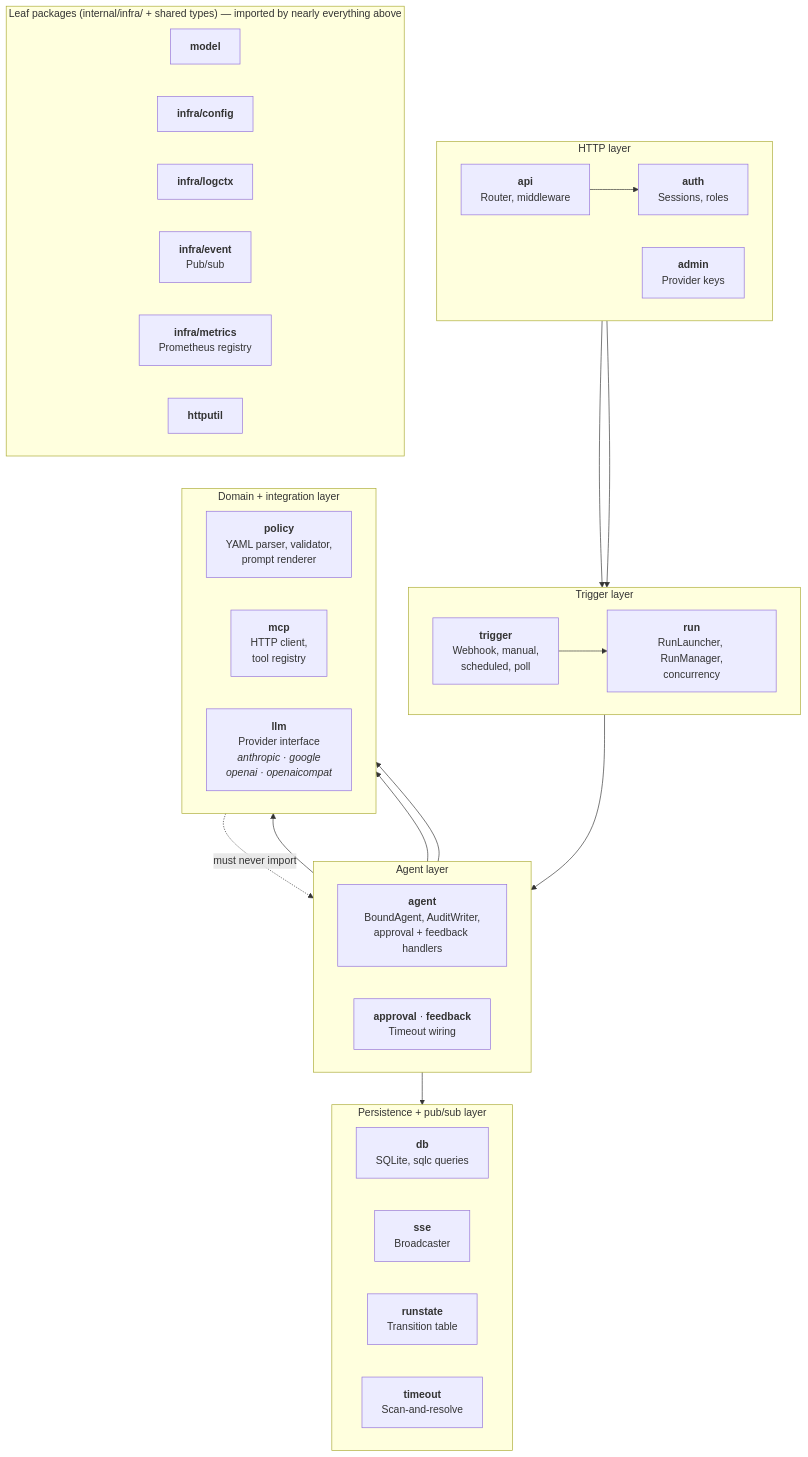
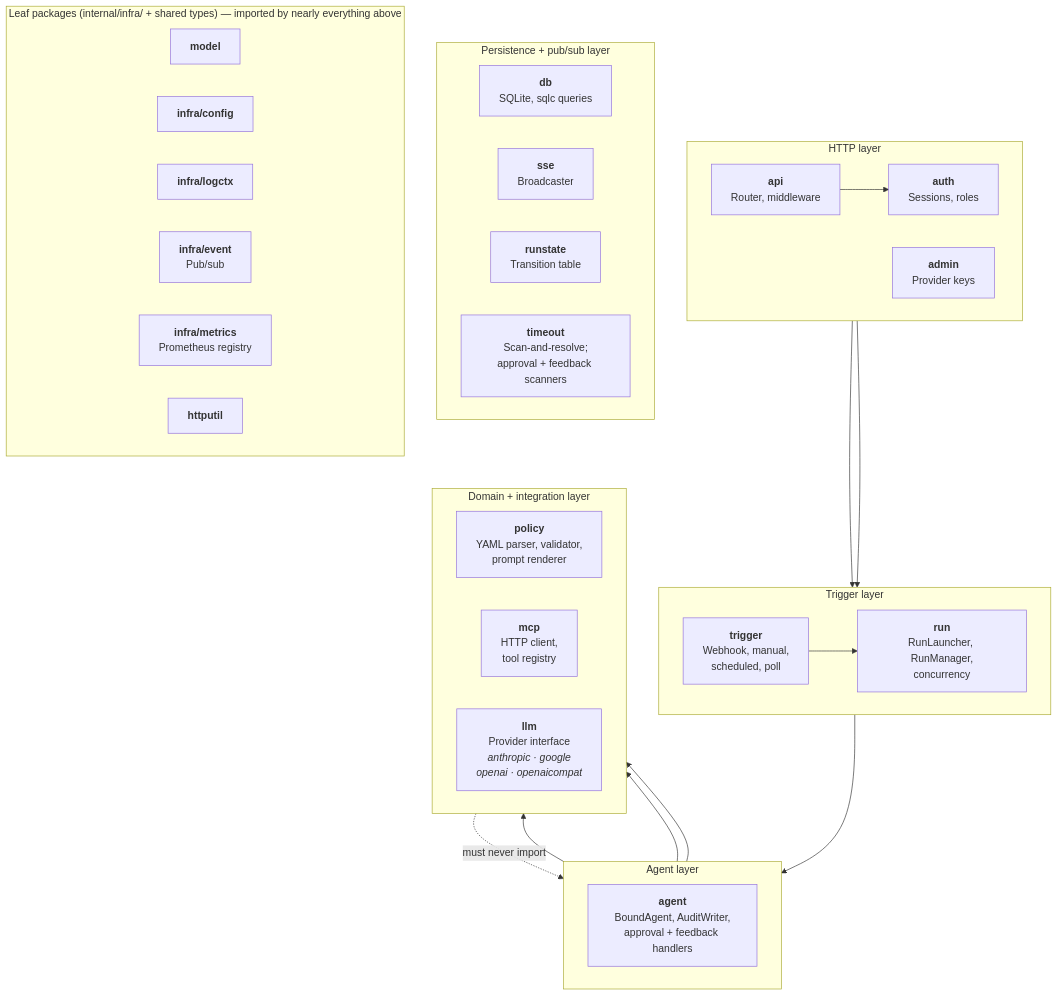
One commit to Felag-Engineering/gleipnir changed the diagram in docs/developer/diagrams/package-dependencies.md. Above: the diagram before and after it, drawn with Mermaid. The commit also changed 1 other file, not shown here.

Commit message:
docs: correct stale package/env references in CLAUDE.md and package diagram
These are pre-existing doc inaccuracies, independent of the plugin work:

- CLAUDE.md "Key packages" listed `internal/approval/` and `internal/feedback/`
  as separate packages, but neither exists — the approval/feedback scanner
  constructors live in `internal/timeout` (NewApprovalScanner /
  NewFeedbackScanner, wired in main.go) and the agent-side handlers live in
  `internal/execution/agent`. Replaced the phantom `approval/` entry with the
  real, previously-undocumented `internal/admin/` package, dropped `feedback/`,
  and clarified the `timeout/` description.
- CLAUDE.md env table listed `GLEIPNIR_DEFAULT_PROVIDER`, which is not read by
  internal/infra/config; replaced it with the two env vars that are
  (`GLEIPNIR_DRAIN_TIMEOUT`, `GLEIPNIR_PID_FILE`).
- Fixed the broken `docs/architecture.md` link (actual path is
  `docs/developer/architecture.md`).
- diagrams/package-dependencies.md showed a phantom `approval · feedback`
  node with an `APPROVAL --> TIMEOUT` edge; folded its meaning into the real
  `timeout` node and removed the dangling node/edge.

````diff
--- a/docs/developer/diagrams/package-dependencies.md
+++ b/docs/developer/diagrams/package-dependencies.md
@@ -5,61 +5,59 @@
 ```mermaid
 graph TD
     subgraph entrypoints["HTTP layer"]
         direction LR
         API["<b>api</b><br/>Router, middleware"]
         AUTH["<b>auth</b><br/>Sessions, roles"]
         ADMIN["<b>admin</b><br/>Provider keys"]
     end
 
     subgraph triggers["Trigger layer"]
         direction LR
         TRIGGER["<b>trigger</b><br/>Webhook, manual,<br/>scheduled, poll"]
         RUN["<b>run</b><br/>RunLauncher, RunManager,<br/>concurrency"]
     end
 
     subgraph orchestration["Agent layer"]
         direction LR
         AGENT["<b>agent</b><br/>BoundAgent, AuditWriter,<br/>approval + feedback handlers"]
-        APPROVAL["<b>approval</b> · <b>feedback</b><br/>Timeout wiring"]
     end
 
     subgraph domain["Domain + integration layer"]
         direction LR
         POLICY["<b>policy</b><br/>YAML parser, validator,<br/>prompt renderer"]
         MCP["<b>mcp</b><br/>HTTP client,<br/>tool registry"]
         LLM["<b>llm</b><br/>Provider interface<br/><i>anthropic · google<br/>openai · openaicompat</i>"]
     end
 
     subgraph infra["Persistence + pub/sub layer"]
         direction LR
         DB["<b>db</b><br/>SQLite, sqlc queries"]
         SSE["<b>sse</b><br/>Broadcaster"]
         RUNSTATE["<b>runstate</b><br/>Transition table"]
-        TIMEOUT["<b>timeout</b><br/>Scan-and-resolve"]
+        TIMEOUT["<b>timeout</b><br/>Scan-and-resolve;<br/>approval + feedback scanners"]
     end
 
     subgraph leaf["Leaf packages (internal/infra/ + shared types) — imported by nearly everything above"]
         direction LR
         MODEL["<b>model</b>"]
         CONFIG["<b>infra/config</b>"]
         LOGCTX["<b>infra/logctx</b>"]
         EVENT["<b>infra/event</b><br/>Pub/sub"]
         METRICS["<b>infra/metrics</b><br/>Prometheus registry"]
         HTTPUTIL["<b>httputil</b>"]
     end
 
     %% Primary relationships (top to bottom)
     API --> AUTH
     API --> TRIGGER
     API --> RUN
 
     TRIGGER --> RUN
     RUN --> AGENT
 
     AGENT --> LLM
     AGENT --> MCP
     AGENT --> POLICY
-    APPROVAL --> TIMEOUT
 
     MCP -.->|"must never import"| AGENT
 ```
````
